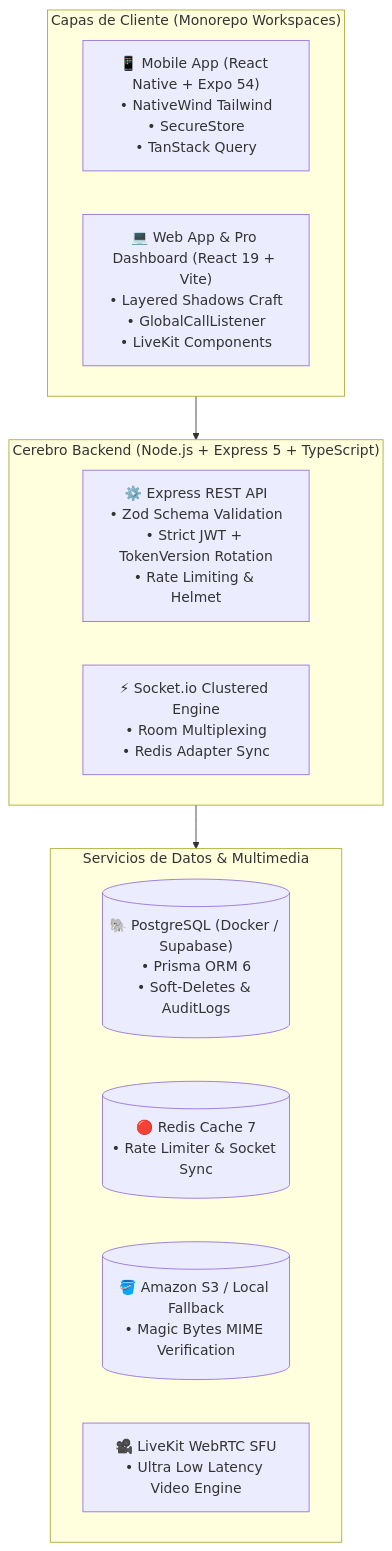
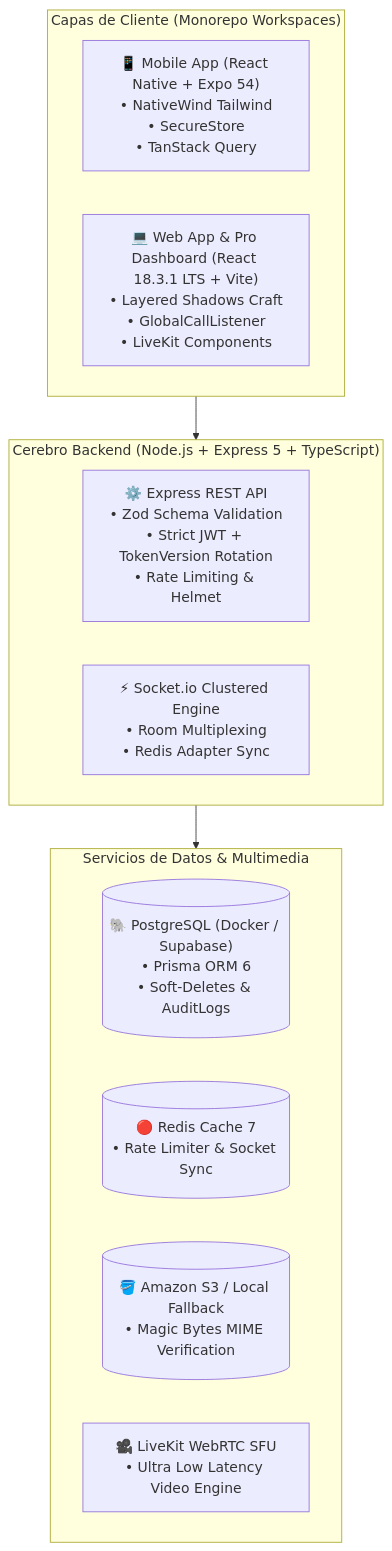
One commit to grupo-pinnacle/VetConnect changed the diagram in README.md. Above: the diagram before and after it, drawn with Mermaid. The commit also changed other lines of this file and 20 other files, not shown here.

````diff
--- a/README.md
+++ b/README.md
@@ -72,22 +72,22 @@
 ```mermaid
 flowchart TB
     subgraph Frontend["Capas de Cliente (Monorepo Workspaces)"]
         Mobile["📱 Mobile App (React Native + Expo 54)\n• NativeWind Tailwind\n• SecureStore\n• TanStack Query"]
-        WebClient["💻 Web App & Pro Dashboard (React 19 + Vite)\n• Layered Shadows Craft\n• GlobalCallListener\n• LiveKit Components"]
+        WebClient["💻 Web App & Pro Dashboard (React 18.3.1 LTS + Vite)\n• Layered Shadows Craft\n• GlobalCallListener\n• LiveKit Components"]
     end
 
     subgraph Backend["Cerebro Backend (Node.js + Express 5 + TypeScript)"]
         API["⚙️ Express REST API\n• Zod Schema Validation\n• Strict JWT + TokenVersion Rotation\n• Rate Limiting & Helmet"]
         SocketEngine["⚡ Socket.io Clustered Engine\n• Room Multiplexing\n• Redis Adapter Sync"]
     end
 
     subgraph DataLayer["Servicios de Datos & Multimedia"]
         PostgreSQL[("🐘 PostgreSQL (Docker / Supabase)\n• Prisma ORM 6\n• Soft-Deletes & AuditLogs")]
         RedisCache[("🔴 Redis Cache 7\n• Rate Limiter & Socket Sync")]
         S3Bucket[("🪣 Amazon S3 / Local Fallback\n• Magic Bytes MIME Verification")]
         LiveKitServer["🎥 LiveKit WebRTC SFU\n• Ultra Low Latency Video Engine"]
     end
 
     Frontend --> Backend
     Backend --> DataLayer
 ```
````
